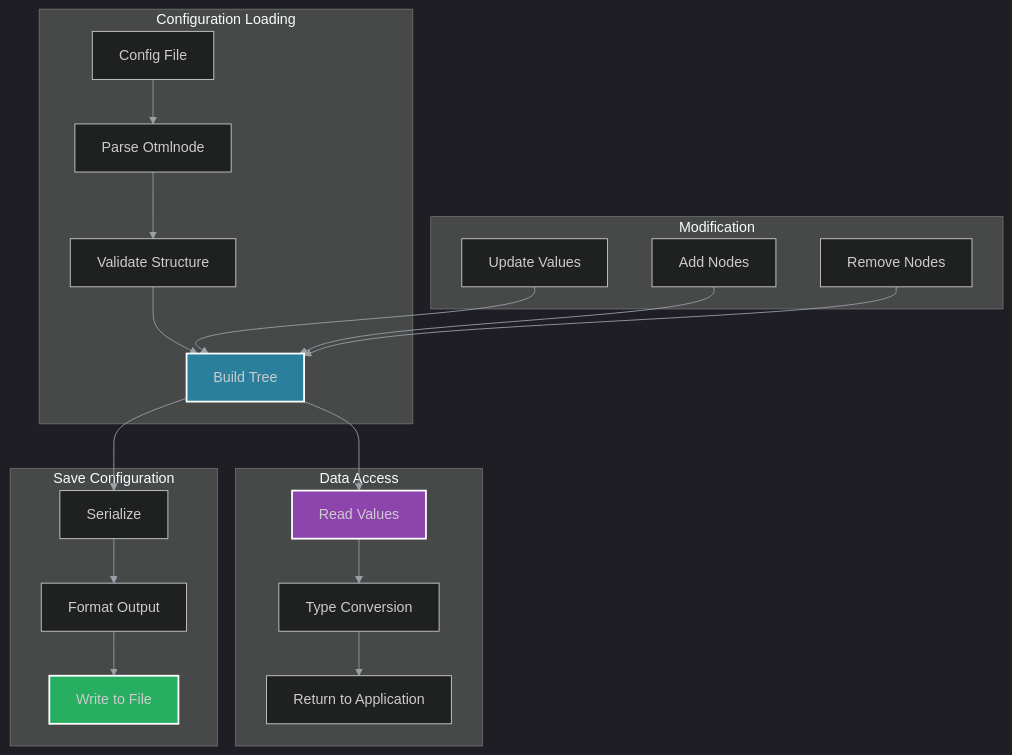
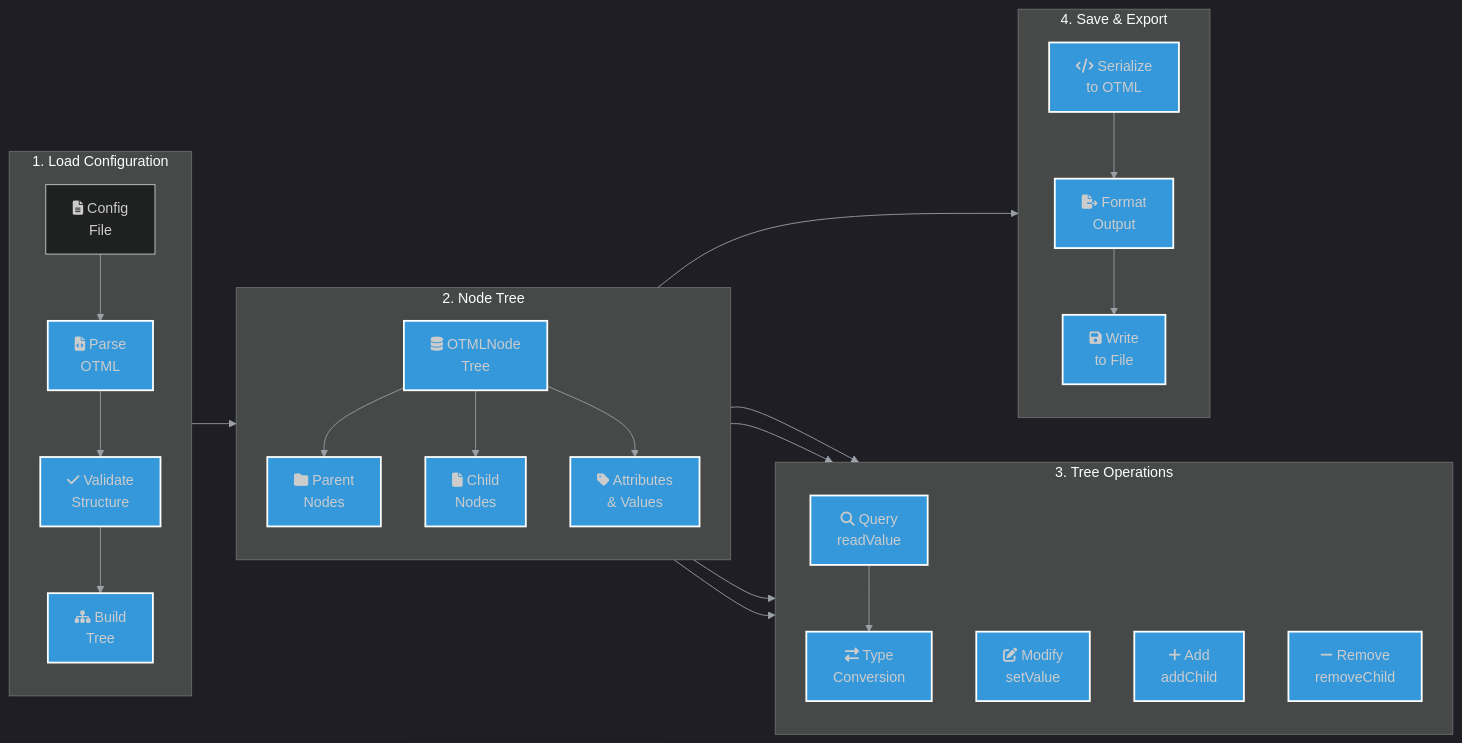
One commit to lukaszj321/otcv8-dev changed the diagram in docs/authoring/01_core/api/cpp/framework/diagrams/otmlnode.mmd. Above: the diagram before and after it, drawn with Mermaid. The commit also changed 2 other files, not shown here.

Commit message:
docs(diagrams): redesign 3 more diagrams - asyncdispatcher, otmlnode, filestream
Redesigned with unique story-driven approach:
- asyncdispatcher.mmd: Task queue → dispatcher → execution → callback workflow
- otmlnode.mmd: Config loading → tree structure → operations → persistence
- filestream.mmd: File open → stream ops → buffering → resource cleanup

All diagrams feature:
- Architectural layer colors (Core=Blue #3498db)
- Font Awesome icons for component identification
- Descriptive labels with line breaks
- Clear 4-phase subgraph grouping
- Unique design matching class function

Total completed: 11/223 diagrams

```diff
--- a/docs/authoring/01_core/api/cpp/framework/diagrams/otmlnode.mmd
+++ b/docs/authoring/01_core/api/cpp/framework/diagrams/otmlnode.mmd
@@ -1,29 +1,38 @@
 %%{init: {'theme':'dark','themeVariables': {'primaryTextColor':'#ddd','lineColor':'#9aa0a6'},'securityLevel':'loose'}}%%
-graph TD
-    subgraph Loading["Configuration Loading"]
-        A[Config File] --> B[Parse Otmlnode]
-        B --> C[Validate Structure]
-        C --> D[Build Tree]
+graph LR
+    subgraph Loading["1. Load Configuration"]
+        direction TB
+        A["fa:fa-file-alt Config<br/>File"] --> B["fa:fa-file-code Parse<br/>OTML"]
+        B --> C["fa:fa-check Validate<br/>Structure"]
+        C --> D["fa:fa-sitemap Build<br/>Tree"]
     end
 
-    subgraph Access["Data Access"]
-        D --> E[Read Values]
-        E --> F[Type Conversion]
-        F --> G[Return to Application]
+    subgraph Tree["2. Node Tree"]
+        direction TB
+        D --> E["fa:fa-database OTMLNode<br/>Tree"]
+        E --> F["fa:fa-folder Parent<br/>Nodes"]
+        E --> G["fa:fa-file Child<br/>Nodes"]
+        E --> H["fa:fa-tag Attributes<br/>&amp; Values"]
     end
 
-    subgraph Modification["Modification"]
-        H[Update Values] --> D
-        I[Add Nodes] --> D
-        J[Remove Nodes] --> D
+    subgraph Operations["3. Tree Operations"]
+        direction TB
+        E --> I["fa:fa-search Query<br/>readValue"]
+        I --> J["fa:fa-exchange-alt Type<br/>Conversion"]
+        E --> K["fa:fa-edit Modify<br/>setValue"]
+        E --> L["fa:fa-plus Add<br/>addChild"]
+        E --> M["fa:fa-minus Remove<br/>removeChild"]
     end
 
-    subgraph Persistence["Save Configuration"]
-        D --> K[Serialize]
-        K --> L[Format Output]
-        L --> M[Write to File]
+    subgraph Persistence["4. Save & Export"]
+        direction TB
+        E --> N["fa:fa-code Serialize<br/>to OTML"]
+        N --> O["fa:fa-file-export Format<br/>Output"]
+        O --> P["fa:fa-save Write<br/>to File"]
     end
 
-    style D fill:#2a7f9c,stroke:#fff,stroke-width:2px
-    style E fill:#8e44ad,stroke:#fff,stroke-width:2px
-    style M fill:#27ae60,stroke:#fff,stroke-width:2px
+    %% Architectural Layer Colors
+    classDef core fill:#3498db,stroke:#fff,stroke-width:2px
+    
+    %% Apply styles
+    class B,C,D,E,F,G,H,I,J,K,L,M,N,O,P core
```
